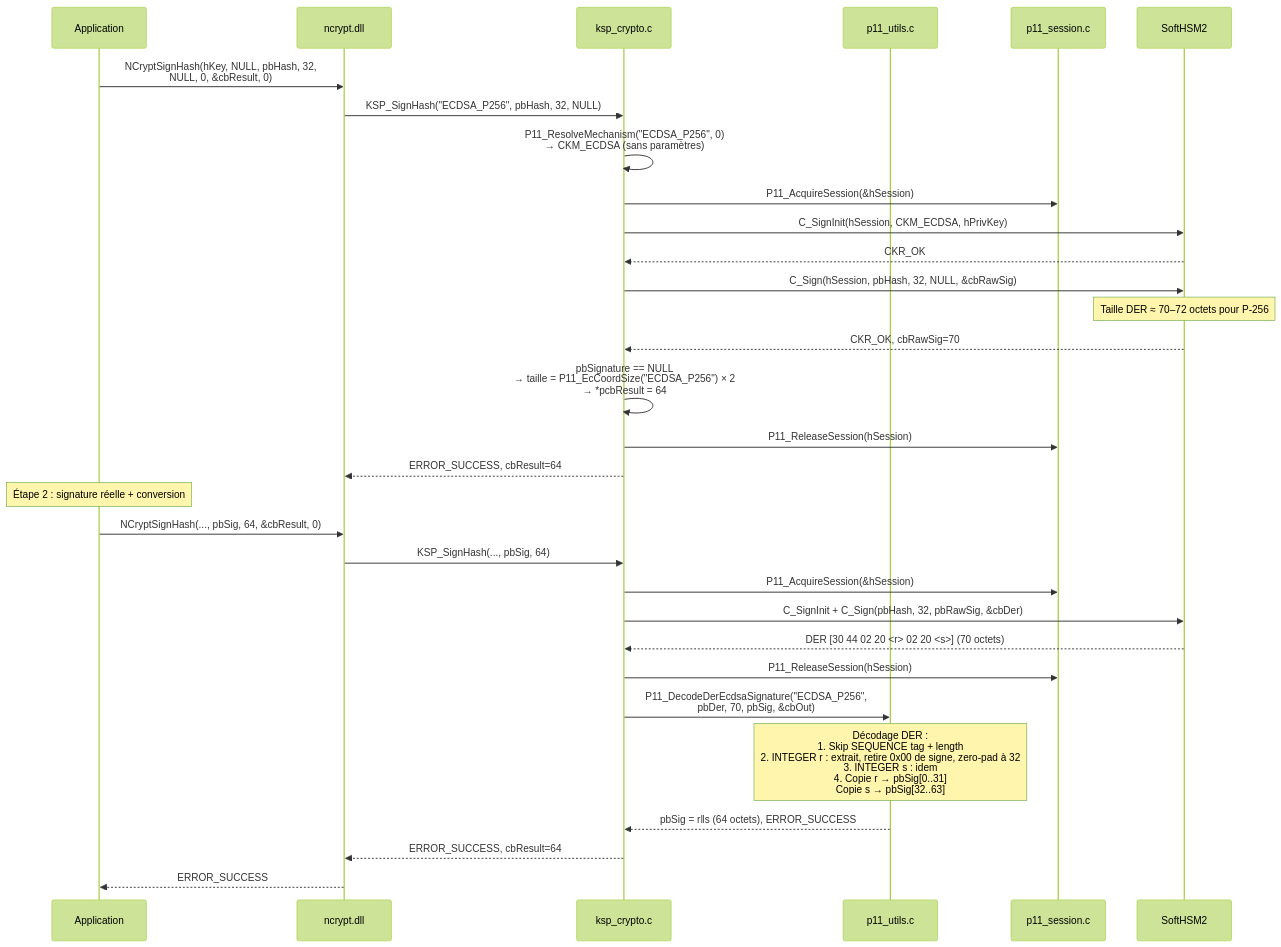
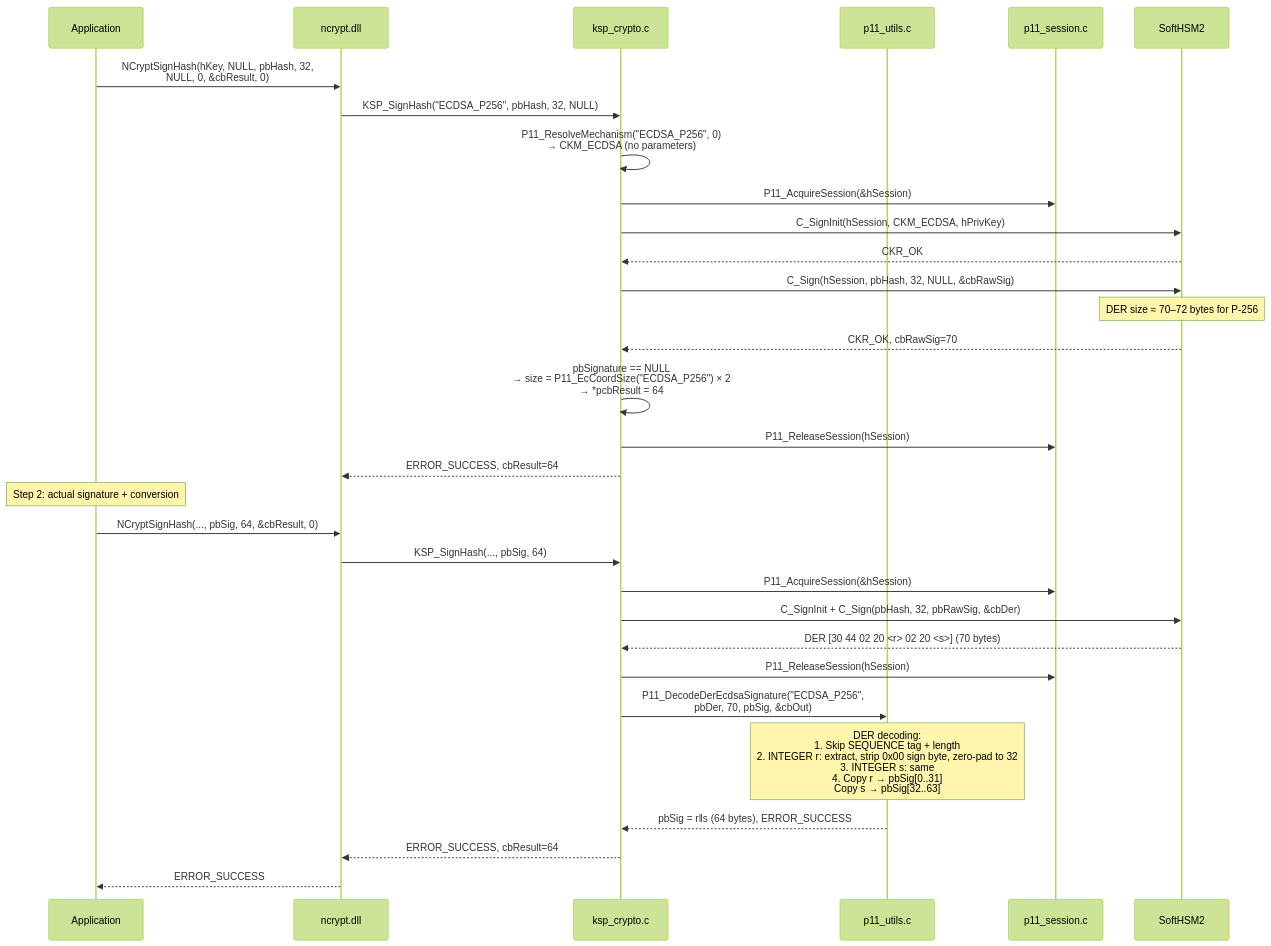
One commit to Gaillotte/Noida changed the third of 7 diagrams in softhsm_ksp/docs/04-operations-crypto.md. Above: the diagram before and after it, drawn with Mermaid (forest theme). The commit also changed other lines of this file and 9 other files, not shown here.

````diff
--- a/softhsm_ksp/docs/04-operations-crypto.md
+++ b/softhsm_ksp/docs/04-operations-crypto.md
@@ -134,47 +134,47 @@
 ```mermaid
 sequenceDiagram
     participant App as Application
     participant NCrypt as ncrypt.dll
     participant KSP as ksp_crypto.c
     participant Utils as p11_utils.c
     participant Session as p11_session.c
     participant HSM as SoftHSM2
 
     App->>NCrypt: NCryptSignHash(hKey, NULL, pbHash, 32,<br/>NULL, 0, &cbResult, 0)
     NCrypt->>KSP: KSP_SignHash("ECDSA_P256", pbHash, 32, NULL)
 
-    KSP->>KSP: P11_ResolveMechanism("ECDSA_P256", 0)<br/>→ CKM_ECDSA (sans paramètres)
+    KSP->>KSP: P11_ResolveMechanism("ECDSA_P256", 0)<br/>→ CKM_ECDSA (no parameters)
 
     KSP->>Session: P11_AcquireSession(&hSession)
 
     KSP->>HSM: C_SignInit(hSession, CKM_ECDSA, hPrivKey)
     HSM-->>KSP: CKR_OK
 
     KSP->>HSM: C_Sign(hSession, pbHash, 32, NULL, &cbRawSig)
-    note over HSM: Taille DER ≈ 70–72 octets pour P-256
+    note over HSM: DER size ≈ 70–72 bytes for P-256
     HSM-->>KSP: CKR_OK, cbRawSig=70
 
-    KSP->>KSP: pbSignature == NULL<br/>→ taille = P11_EcCoordSize("ECDSA_P256") × 2<br/>→ *pcbResult = 64
+    KSP->>KSP: pbSignature == NULL<br/>→ size = P11_EcCoordSize("ECDSA_P256") × 2<br/>→ *pcbResult = 64
 
     KSP->>Session: P11_ReleaseSession(hSession)
     KSP-->>NCrypt: ERROR_SUCCESS, cbResult=64
 
-    note over App: Étape 2 : signature réelle + conversion
+    note over App: Step 2: actual signature + conversion
 
     App->>NCrypt: NCryptSignHash(..., pbSig, 64, &cbResult, 0)
     NCrypt->>KSP: KSP_SignHash(..., pbSig, 64)
 
     KSP->>Session: P11_AcquireSession(&hSession)
     KSP->>HSM: C_SignInit + C_Sign(pbHash, 32, pbRawSig, &cbDer)
-    HSM-->>KSP: DER [30 44 02 20 <r> 02 20 <s>] (70 octets)
+    HSM-->>KSP: DER [30 44 02 20 <r> 02 20 <s>] (70 bytes)
     KSP->>Session: P11_ReleaseSession(hSession)
 
     KSP->>Utils: P11_DecodeDerEcdsaSignature("ECDSA_P256",<br/>pbDer, 70, pbSig, &cbOut)
 
-    note over Utils: Décodage DER :<br/>1. Skip SEQUENCE tag + length<br/>2. INTEGER r : extrait, retire 0x00 de signe, zero-pad à 32<br/>3. INTEGER s : idem<br/>4. Copie r → pbSig[0..31]<br/>   Copie s → pbSig[32..63]
+    note over Utils: DER decoding:<br/>1. Skip SEQUENCE tag + length<br/>2. INTEGER r: extract, strip 0x00 sign byte, zero-pad to 32<br/>3. INTEGER s: same<br/>4. Copy r → pbSig[0..31]<br/>   Copy s → pbSig[32..63]
 
-    Utils-->>KSP: pbSig = r‖s (64 octets), ERROR_SUCCESS
+    Utils-->>KSP: pbSig = r‖s (64 bytes), ERROR_SUCCESS
 
     KSP-->>NCrypt: ERROR_SUCCESS, cbResult=64
     NCrypt-->>App: ERROR_SUCCESS
 ```
````
